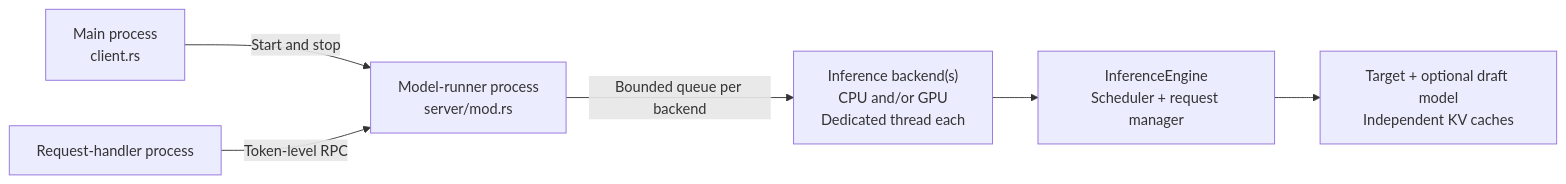
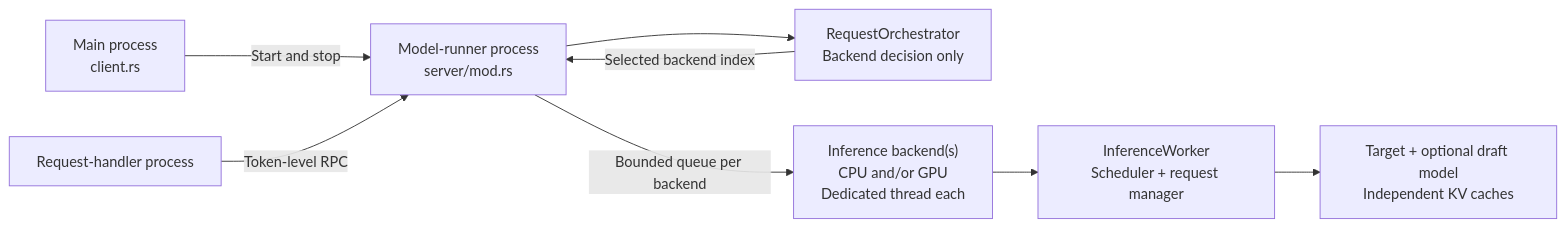
The first of 2 diagrams in src/model_runner/README.md (lun0522/mini-vllm-rs), drawn with Mermaid before and after one commit. The commit also changed other lines of this file and 14 other files, not shown here.

````diff
--- a/src/model_runner/README.md
+++ b/src/model_runner/README.md
@@ -9,9 +9,11 @@
 ```mermaid
 flowchart LR
     Main["Main process<br/>client.rs"] -->|Start and stop| Rpc["Model-runner process<br/>server/mod.rs"]
     Handler[Request-handler process] -->|Token-level RPC| Rpc
 
+    Rpc --> Orchestrator["RequestOrchestrator<br/>Backend decision only"]
+    Orchestrator -->|Selected backend index| Rpc
     Rpc -->|Bounded queue per backend| Backends["Inference backend(s)<br/>CPU and/or GPU<br/>Dedicated thread each"]
-    Backends --> Engine["InferenceEngine<br/>Scheduler + request manager"]
-    Engine --> Models["Target + optional draft model<br/>Independent KV caches"]
+    Backends --> Worker["InferenceWorker<br/>Scheduler + request manager"]
+    Worker --> Models["Target + optional draft model<br/>Independent KV caches"]
 ```
````
